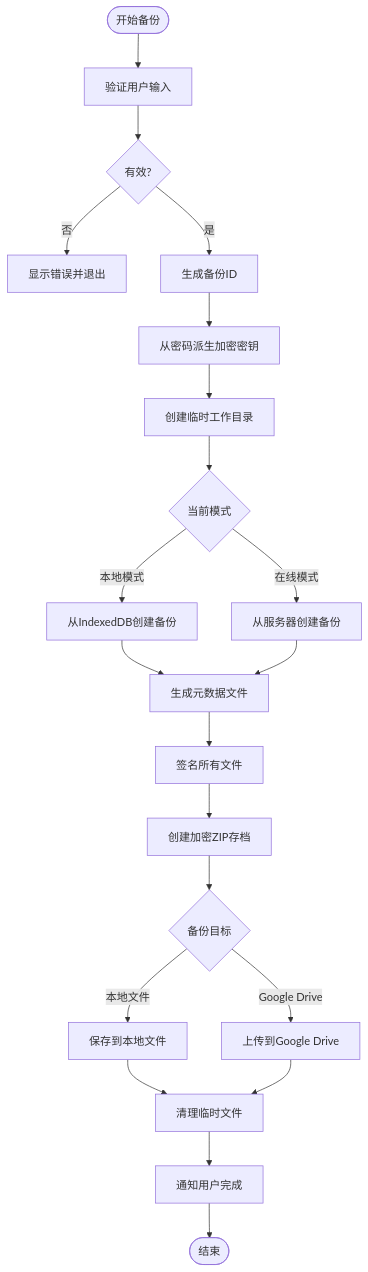
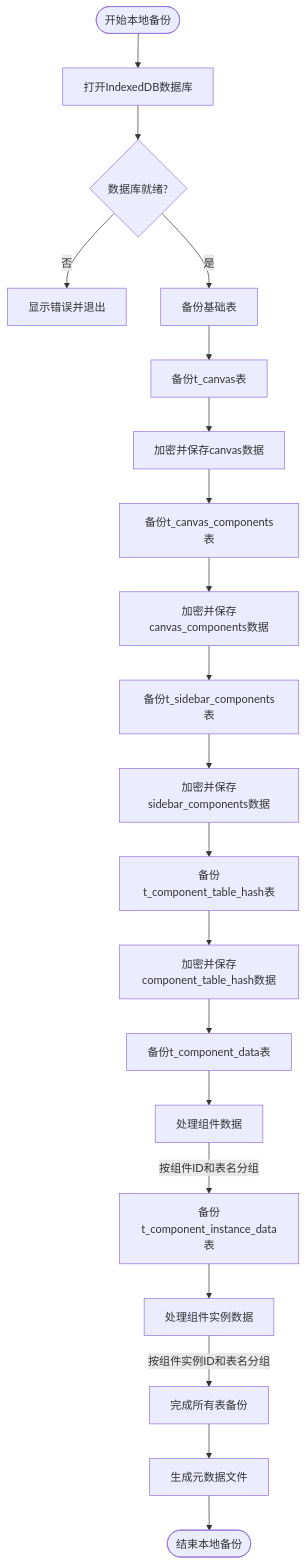
The diagram in all/未命名-52.md (yingjianzh/iodraw-files), drawn with Mermaid before and after one commit.

Commit message:
2025-05-09 14:26:06 update

````diff
--- a/all/未命名-52.md
+++ b/all/未命名-52.md
@@ -1,30 +1,30 @@
 ```mermaid
 flowchart TD
-    Start([开始备份]) --> ValidateInput[验证用户输入]
-    ValidateInput --> InputValid{有效?}
-    InputValid -->|否| ShowError[显示错误并退出]
-    InputValid -->|是| GenerateBackupID[生成备份ID]
+    Start([开始本地备份]) --> OpenDB[打开IndexedDB数据库]
+    OpenDB --> DBReady{数据库就绪?}
+    DBReady -->|否| ShowDBError[显示错误并退出]
+    DBReady -->|是| BackupBasicTables[备份基础表]
     
-    GenerateBackupID --> DeriveKey[从密码派生加密密钥]
-    DeriveKey --> CreateTemp[创建临时工作目录]
+    BackupBasicTables --> BackupCanvas[备份t_canvas表]
+    BackupCanvas --> EncryptCanvas[加密并保存canvas数据]
     
-    CreateTemp --> CheckMode{当前模式}
-    CheckMode -->|本地模式| CreateFromIndexedDB[从IndexedDB创建备份]
-    CheckMode -->|在线模式| CreateFromServer[从服务器创建备份]
+    EncryptCanvas --> BackupCanvasComps[备份t_canvas_components表]
+    BackupCanvasComps --> EncryptCanvasComps[加密并保存canvas_components数据]
     
-    CreateFromIndexedDB --> GenerateMetadata[生成元数据文件]
-    CreateFromServer --> GenerateMetadata
+    EncryptCanvasComps --> BackupSidebarComps[备份t_sidebar_components表]
+    BackupSidebarComps --> EncryptSidebarComps[加密并保存sidebar_components数据]
     
-    GenerateMetadata --> SignFiles[签名所有文件]
-    SignFiles --> CreateZIP[创建加密ZIP存档]
+    EncryptSidebarComps --> BackupComponentHash[备份t_component_table_hash表]
+    BackupComponentHash --> EncryptComponentHash[加密并保存component_table_hash数据]
     
-    CreateZIP --> BackupDestination{备份目标}
-    BackupDestination -->|本地文件| SaveLocal[保存到本地文件]
-    BackupDestination -->|Google Drive| UploadGDrive[上传到Google Drive]
+    EncryptComponentHash --> BackupComponentData[备份t_component_data表]
+    BackupComponentData --> ProcessCompData[处理组件数据]
     
-    SaveLocal --> CleanupTemp[清理临时文件]
-    UploadGDrive --> CleanupTemp
+    ProcessCompData -->|按组件ID和表名分组| BackupComponentInstData[备份t_component_instance_data表]
+    BackupComponentInstData --> ProcessInstData[处理组件实例数据]
     
-    CleanupTemp --> NotifyComplete[通知用户完成]
-    NotifyComplete --> End([结束])
+    ProcessInstData -->|按组件实例ID和表名分组| CompleteBackup[完成所有表备份]
+    CompleteBackup --> GenerateMetadata[生成元数据文件]
+    
+    GenerateMetadata --> End([结束本地备份])
 ```
````
